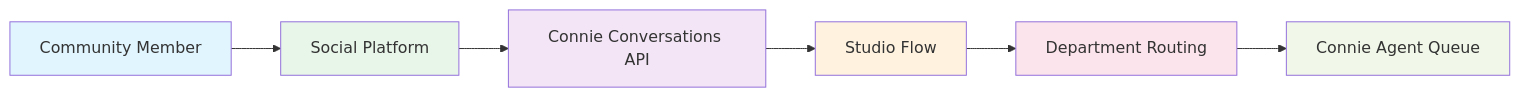
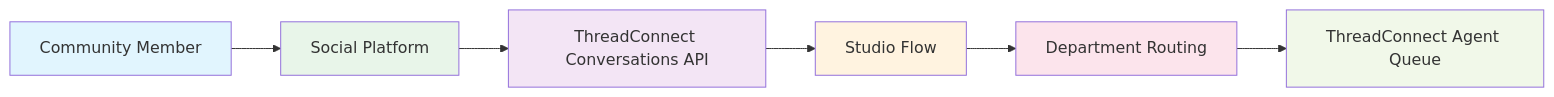
Before and after one commit to ConnieML/docs.connie: the first of 2 diagrams in docs/end-users/administrators/channels/social-media/index.md, drawn with Mermaid. The commit also changed other lines of this file and 139 other files, not shown here.

First line of the commit message:
Rebrand body text: Connie -> ThreadConnect across docs (CEO order 2026-10-30)

````diff
--- a/docs/end-users/administrators/channels/social-media/index.md
+++ b/docs/end-users/administrators/channels/social-media/index.md
@@ -13,15 +13,15 @@
 ```mermaid
 flowchart LR
     A[Community Member] --> B[Social Platform]
-    B --> C[Connie Conversations API]
+    B --> C[ThreadConnect Conversations API]
     C --> D[Studio Flow]
     D --> E[Department Routing]
-    E --> F[Connie Agent Queue]
+    E --> F[ThreadConnect Agent Queue]
 
     style A fill:#e1f5fe
     style B fill:#e8f5e9
     style C fill:#f3e5f5
     style D fill:#fff3e0
     style E fill:#fce4ec
     style F fill:#f1f8e9
 ```
````
